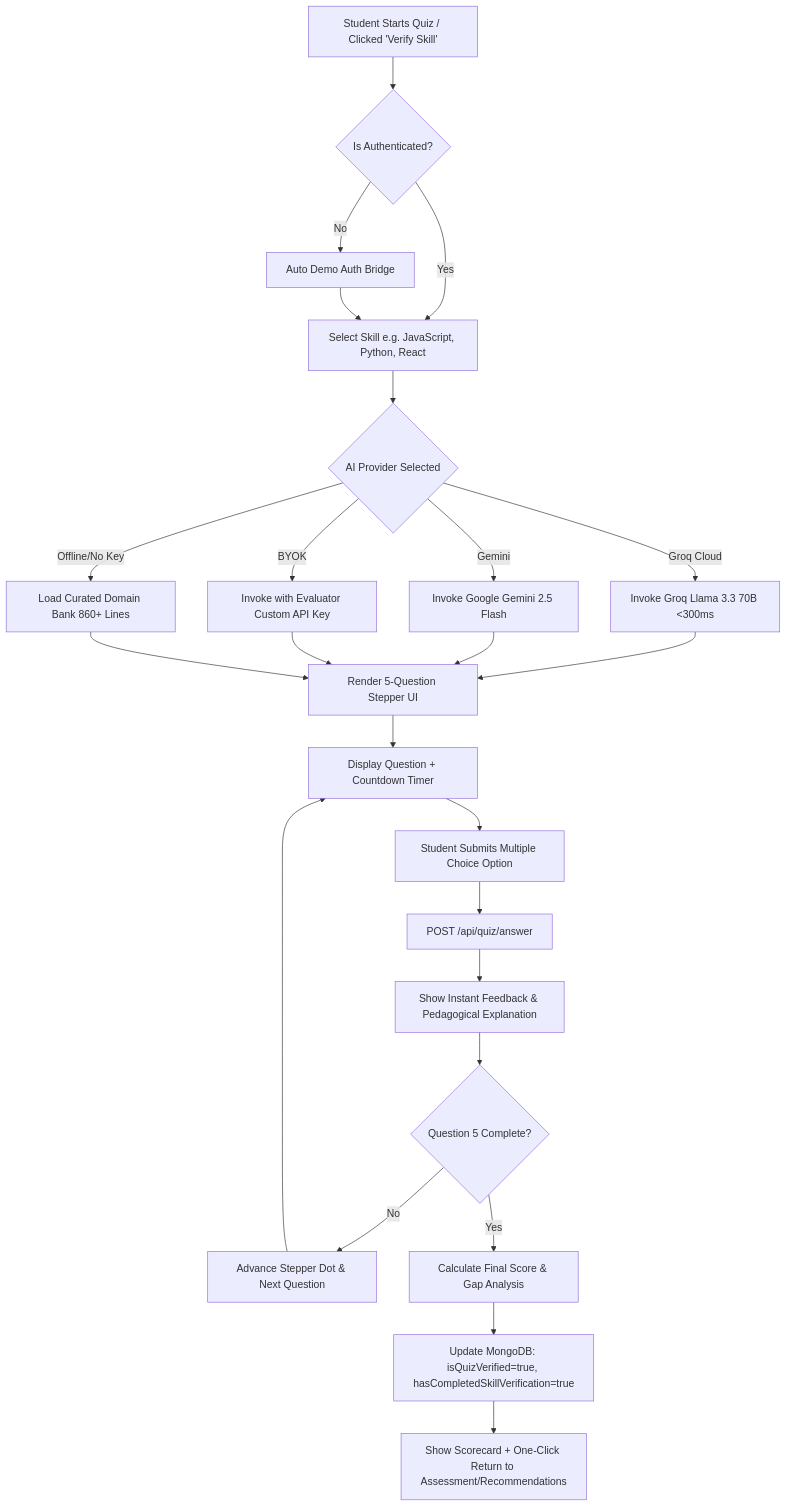
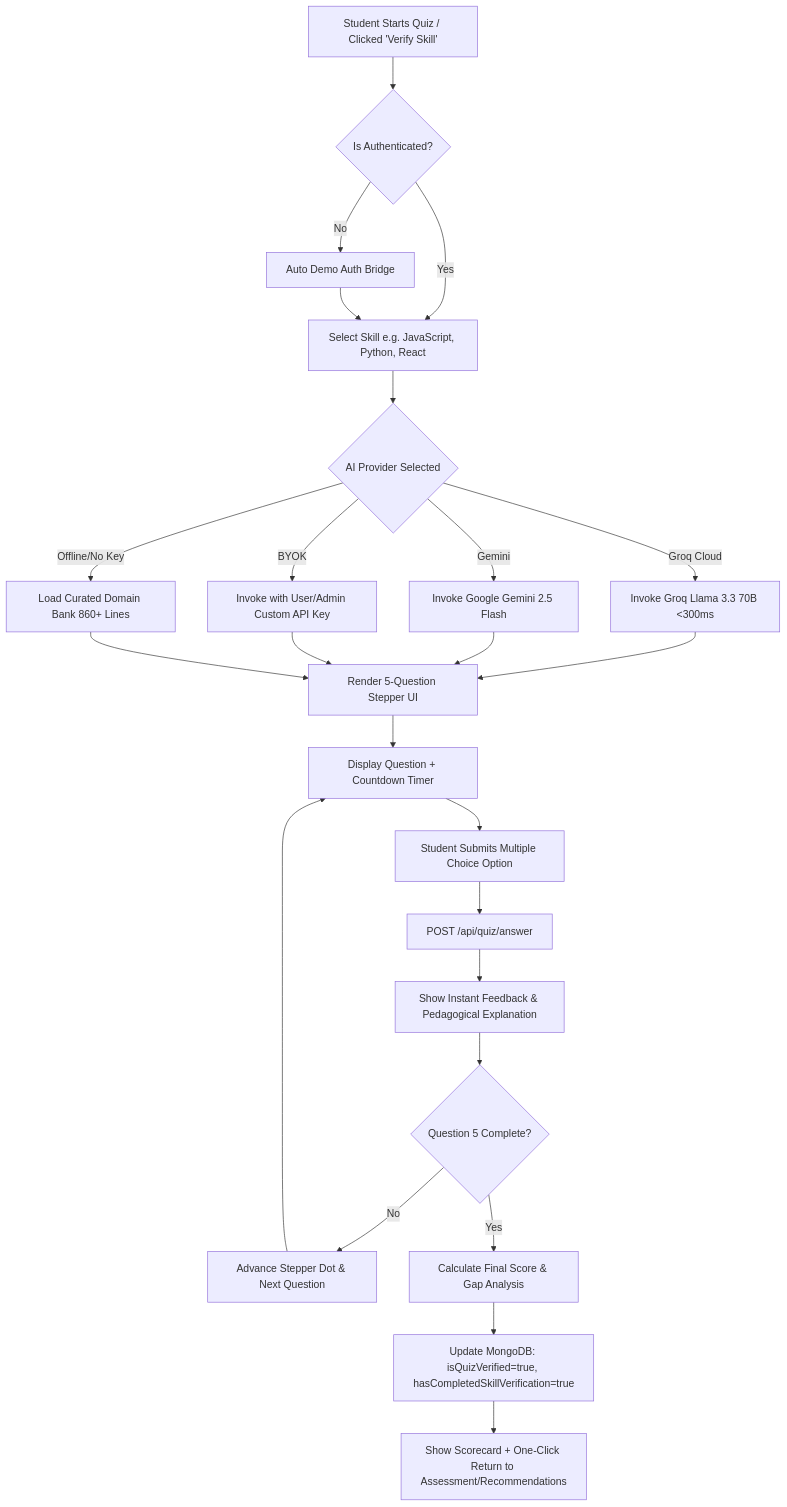
Before and after one commit to parthpatil1234p-svg/disheera: the third of 10 diagrams in docs/APP-FLOW.md, drawn with Mermaid. The commit also changed other lines of this file and 27 other files, not shown here.

````diff
--- a/docs/APP-FLOW.md
+++ b/docs/APP-FLOW.md
@@ -58,28 +58,28 @@
 ```mermaid
 flowchart TD
     Start[Student Starts Quiz / Clicked 'Verify Skill'] --> CheckAuth{Is Authenticated?}
     CheckAuth -- No --> GuestBridge[Auto Demo Auth Bridge]
     CheckAuth -- Yes --> SelectSkill[Select Skill e.g. JavaScript, Python, React]
     GuestBridge --> SelectSkill
     
     SelectSkill --> ProviderCheck{AI Provider Selected}
     ProviderCheck -- Groq Cloud --> GroqCall[Invoke Groq Llama 3.3 70B <300ms]
     ProviderCheck -- Gemini --> GeminiCall[Invoke Google Gemini 2.5 Flash]
-    ProviderCheck -- BYOK --> CustomKey[Invoke with Evaluator Custom API Key]
+    ProviderCheck -- BYOK --> CustomKey[Invoke with User/Admin Custom API Key]
     ProviderCheck -- Offline/No Key --> Fallback[Load Curated Domain Bank 860+ Lines]
 
     GroqCall & GeminiCall & CustomKey & Fallback --> InitStepper[Render 5-Question Stepper UI]
 
     InitStepper --> QuestionLoop[Display Question + Countdown Timer]
     QuestionLoop --> SubmitAnswer[Student Submits Multiple Choice Option]
     SubmitAnswer --> EvalAnswer[POST /api/quiz/answer]
     EvalAnswer --> ShowFeedback[Show Instant Feedback & Pedagogical Explanation]
     
     ShowFeedback --> CheckEnd{Question 5 Complete?}
     CheckEnd -- No --> NextQ[Advance Stepper Dot & Next Question]
     NextQ --> QuestionLoop
     
     CheckEnd -- Yes --> CalcScore[Calculate Final Score & Gap Analysis]
     CalcScore --> SaveDB[Update MongoDB: isQuizVerified=true, hasCompletedSkillVerification=true]
     SaveDB --> UnlockNav[Show Scorecard + One-Click Return to Assessment/Recommendations]
 ```
````
